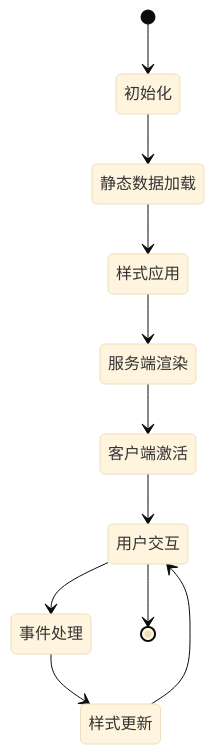
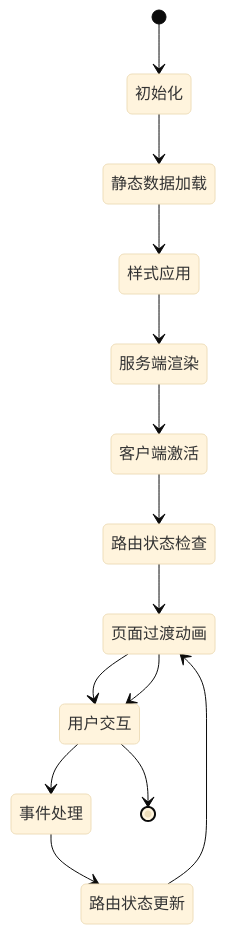
The fifth of 6 diagrams in .qoder/repowiki/zh/content/项目架构/核心组件详解/组件交互与数据流.md (caoLei1997/Blog), drawn with Mermaid (base theme) before and after one commit. The commit also changed other lines of this file and 4 other files, not shown here.

````diff
--- a/.qoder/repowiki/zh/content/项目架构/核心组件详解/组件交互与数据流.md
+++ b/.qoder/repowiki/zh/content/项目架构/核心组件详解/组件交互与数据流.md
@@ -230,13 +366,16 @@
 ```mermaid
 stateDiagram-v2
 [*] --> 初始化
 初始化 --> 静态数据加载
 静态数据加载 --> 样式应用
 样式应用 --> 服务端渲染
 服务端渲染 --> 客户端激活
-客户端激活 --> 用户交互
+客户端激活 --> 路由状态检查
+路由状态检查 --> 页面过渡动画
+页面过渡动画 --> 用户交互
 用户交互 --> 事件处理
-事件处理 --> 样式更新
-样式更新 --> 用户交互
+事件处理 --> 路由状态更新
+路由状态更新 --> 页面过渡动画
+页面过渡动画 --> 用户交互
 用户交互 --> [*]
 ```
````
